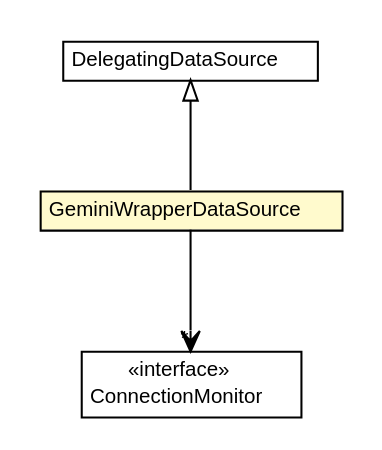
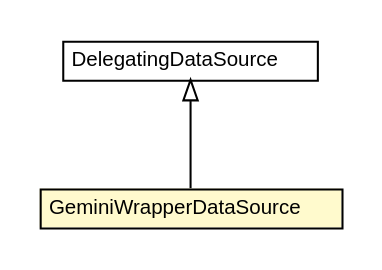
One commit to dayatang/dddlib changed the diagram in dddlib-datasource-monitor/apidocs/org/dayatang/dsmonitor/GeminiWrapperDataSource.dot. Above: the diagram before and after it, drawn with Graphviz. The commit also changed 154 other files, not shown here.

```diff
--- a/dddlib-datasource-monitor/apidocs/org/dayatang/dsmonitor/GeminiWrapperDataSource.dot
+++ b/dddlib-datasource-monitor/apidocs/org/dayatang/dsmonitor/GeminiWrapperDataSource.dot
@@ -1,35 +1,26 @@
 #!/usr/local/bin/dot
 #
 # Class diagram 
 # Generated by UMLGraph version R5_6_6-8-g8d7759 (http://www.umlgraph.org/)
 #
 
 digraph G {
 	edge [fontname="Helvetica",fontsize=10,labelfontname="Helvetica",labelfontsize=10];
 	node [fontname="Helvetica",fontsize=10,shape=plaintext];
 	nodesep=0.25;
 	ranksep=0.5;
 	// org.dayatang.dsmonitor.GeminiWrapperDataSource
-	c93 [label=<<table title="org.dayatang.dsmonitor.GeminiWrapperDataSource" border="0" cellborder="1" cellspacing="0" cellpadding="2" port="p" bgcolor="lemonChiffon" href="./GeminiWrapperDataSource.html">
+	c70 [label=<<table title="org.dayatang.dsmonitor.GeminiWrapperDataSource" border="0" cellborder="1" cellspacing="0" cellpadding="2" port="p" bgcolor="lemonChiffon" href="./GeminiWrapperDataSource.html">
 		<tr><td><table border="0" cellspacing="0" cellpadding="1">
 <tr><td align="center" balign="center"> GeminiWrapperDataSource </td></tr>
 		</table></td></tr>
 		</table>>, URL="./GeminiWrapperDataSource.html", fontname="Helvetica", fontcolor="black", fontsize=10.0];
 	// org.dayatang.dsmonitor.DelegatingDataSource
-	c95 [label=<<table title="org.dayatang.dsmonitor.DelegatingDataSource" border="0" cellborder="1" cellspacing="0" cellpadding="2" port="p" href="./DelegatingDataSource.html">
+	c72 [label=<<table title="org.dayatang.dsmonitor.DelegatingDataSource" border="0" cellborder="1" cellspacing="0" cellpadding="2" port="p" href="./DelegatingDataSource.html">
 		<tr><td><table border="0" cellspacing="0" cellpadding="1">
 <tr><td align="center" balign="center"> DelegatingDataSource </td></tr>
 		</table></td></tr>
 		</table>>, URL="./DelegatingDataSource.html", fontname="Helvetica", fontcolor="black", fontsize=10.0];
-	// org.dayatang.dsmonitor.ConnectionMonitor
-	c97 [label=<<table title="org.dayatang.dsmonitor.ConnectionMonitor" border="0" cellborder="1" cellspacing="0" cellpadding="2" port="p" href="./ConnectionMonitor.html">
-		<tr><td><table border="0" cellspacing="0" cellpadding="1">
-<tr><td align="center" balign="center"> &#171;interface&#187; </td></tr>
-<tr><td align="center" balign="center"> ConnectionMonitor </td></tr>
-		</table></td></tr>
-		</table>>, URL="./ConnectionMonitor.html", fontname="Helvetica", fontcolor="black", fontsize=10.0];
 	//org.dayatang.dsmonitor.GeminiWrapperDataSource extends org.dayatang.dsmonitor.DelegatingDataSource
-	c95:p -> c93:p [dir=back,arrowtail=empty];
-	// org.dayatang.dsmonitor.GeminiWrapperDataSource NAVASSOC org.dayatang.dsmonitor.ConnectionMonitor
-	c93:p -> c97:p [taillabel="", label=" "headlabel="*", fontname="Helvetica", fontcolor="black", fontsize=10.0, color="black", arrowhead=open];
+	c72:p -> c70:p [dir=back,arrowtail=empty];
 }
```
